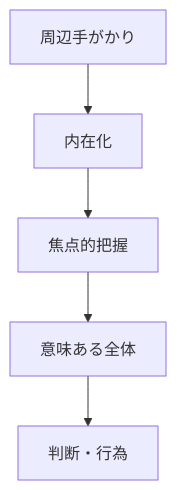
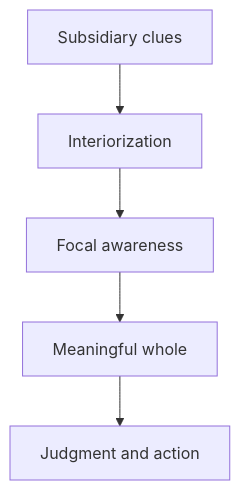
Before and after one commit to daylight55/research: the second of 3 diagrams in content/blog/en/comprehensive-understanding-paraphrase-risk.mdx, drawn with Mermaid. The commit also changed other lines of this file and 26 other files, not shown here.

Commit message:
Translate English Mermaid labels

````diff
--- a/content/blog/en/comprehensive-understanding-paraphrase-risk.mdx
+++ b/content/blog/en/comprehensive-understanding-paraphrase-risk.mdx
@@ -60,7 +60,7 @@
 ```mermaid
 flowchart TB
-  S["周辺手がかり"] --> I["内在化"]
-  I --> F["焦点的把握"]
-  F --> C["意味ある全体"]
-  C --> J["判断・行為"]
+  S["Subsidiary clues"] --> I["Interiorization"]
+  I --> F["Focal awareness"]
+  F --> C["Meaningful whole"]
+  C --> J["Judgment and action"]
 ```
````
